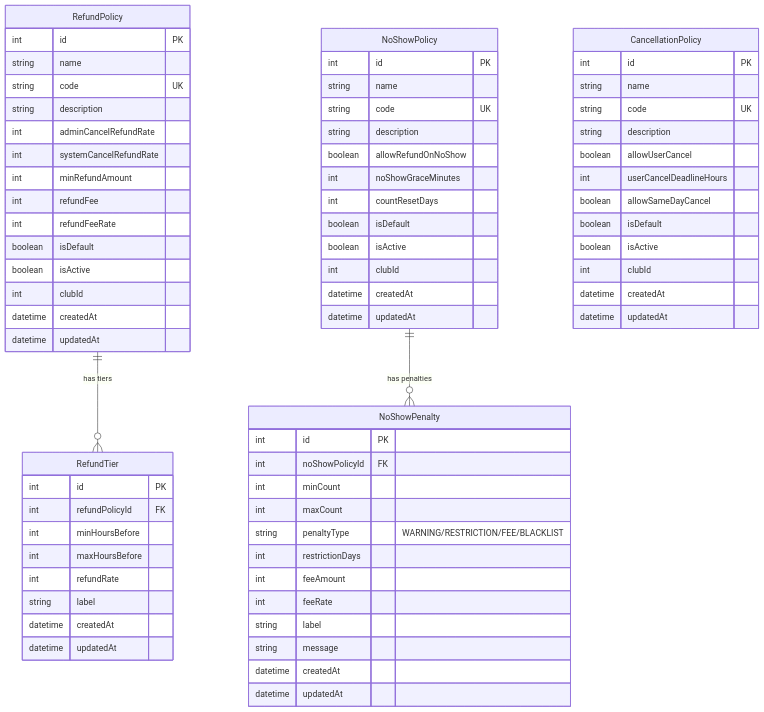
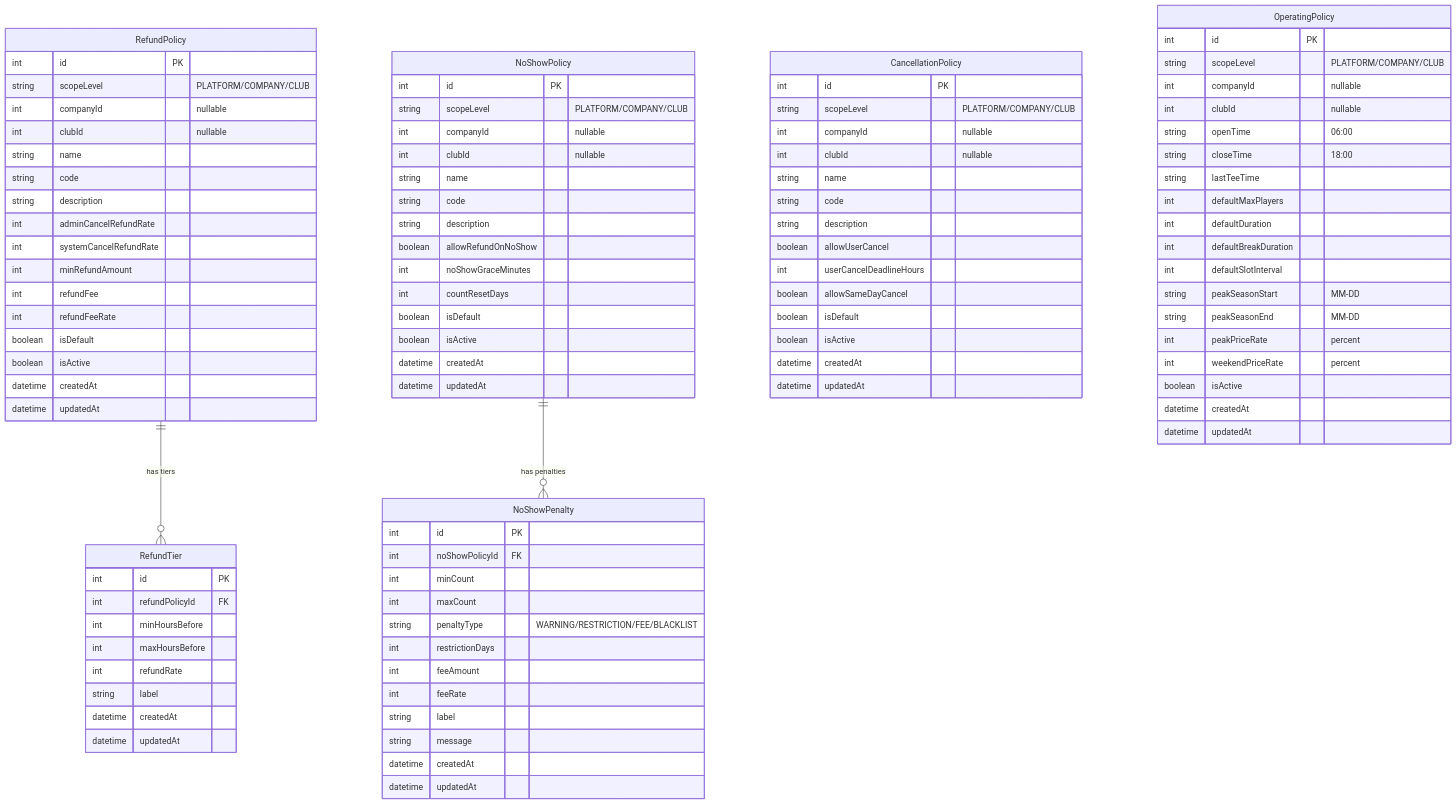
Diagram 16 of 25 in docs/DATABASE_ERD.md (uniyous/parkgolf-platform), drawn with Mermaid before and after one commit. The commit also changed other lines of this file, not shown here.

````diff
--- a/docs/DATABASE_ERD.md
+++ b/docs/DATABASE_ERD.md
@@ -776,23 +807,28 @@
 
     CancellationPolicy {
         int id PK
+        string scopeLevel "PLATFORM/COMPANY/CLUB"
+        int companyId "nullable"
+        int clubId "nullable"
         string name
-        string code UK
+        string code
         string description
         boolean allowUserCancel
         int userCancelDeadlineHours
         boolean allowSameDayCancel
         boolean isDefault
         boolean isActive
-        int clubId
         datetime createdAt
         datetime updatedAt
     }
 
     RefundPolicy {
         int id PK
+        string scopeLevel "PLATFORM/COMPANY/CLUB"
+        int companyId "nullable"
+        int clubId "nullable"
         string name
-        string code UK
+        string code
         string description
         int adminCancelRefundRate
         int systemCancelRefundRate
@@ -801,7 +837,6 @@
         int refundFeeRate
         boolean isDefault
         boolean isActive
-        int clubId
         datetime createdAt
         datetime updatedAt
     }
@@ -819,15 +854,17 @@
 
     NoShowPolicy {
         int id PK
+        string scopeLevel "PLATFORM/COMPANY/CLUB"
+        int companyId "nullable"
+        int clubId "nullable"
         string name
-        string code UK
+        string code
         string description
         boolean allowRefundOnNoShow
         int noShowGraceMinutes
         int countResetDays
         boolean isDefault
         boolean isActive
-        int clubId
         datetime createdAt
         datetime updatedAt
     }
@@ -846,4 +883,25 @@
         datetime createdAt
         datetime updatedAt
     }
+
+    OperatingPolicy {
+        int id PK
+        string scopeLevel "PLATFORM/COMPANY/CLUB"
+        int companyId "nullable"
+        int clubId "nullable"
+        string openTime "06:00"
+        string closeTime "18:00"
+        string lastTeeTime
+        int defaultMaxPlayers
+        int defaultDuration
+        int defaultBreakDuration
+        int defaultSlotInterval
+        string peakSeasonStart "MM-DD"
+        string peakSeasonEnd "MM-DD"
+        int peakPriceRate "percent"
+        int weekendPriceRate "percent"
+        boolean isActive
+        datetime createdAt
+        datetime updatedAt
+    }
 ```
````
